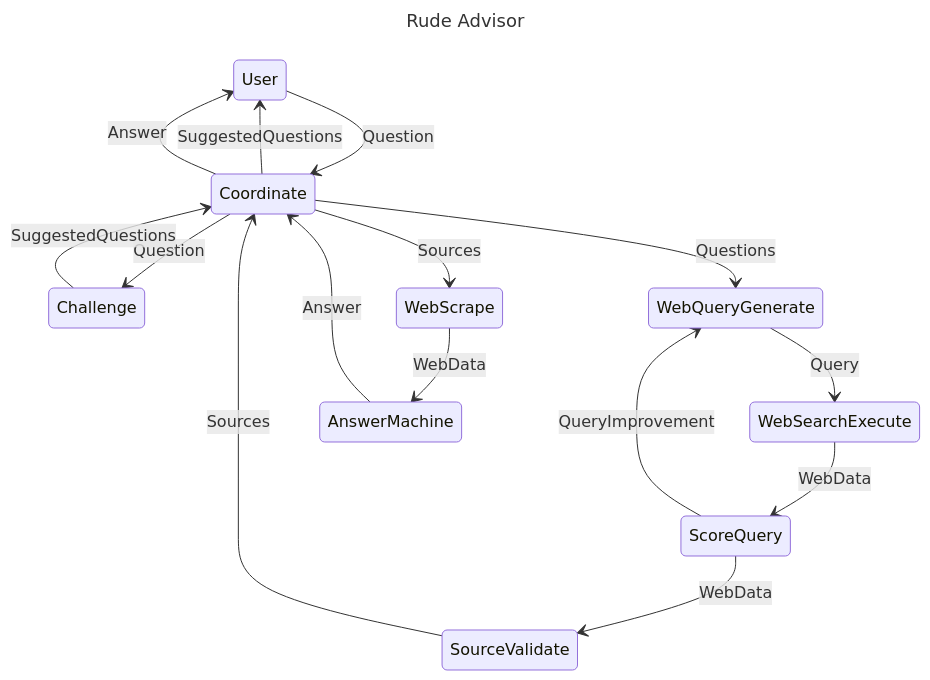
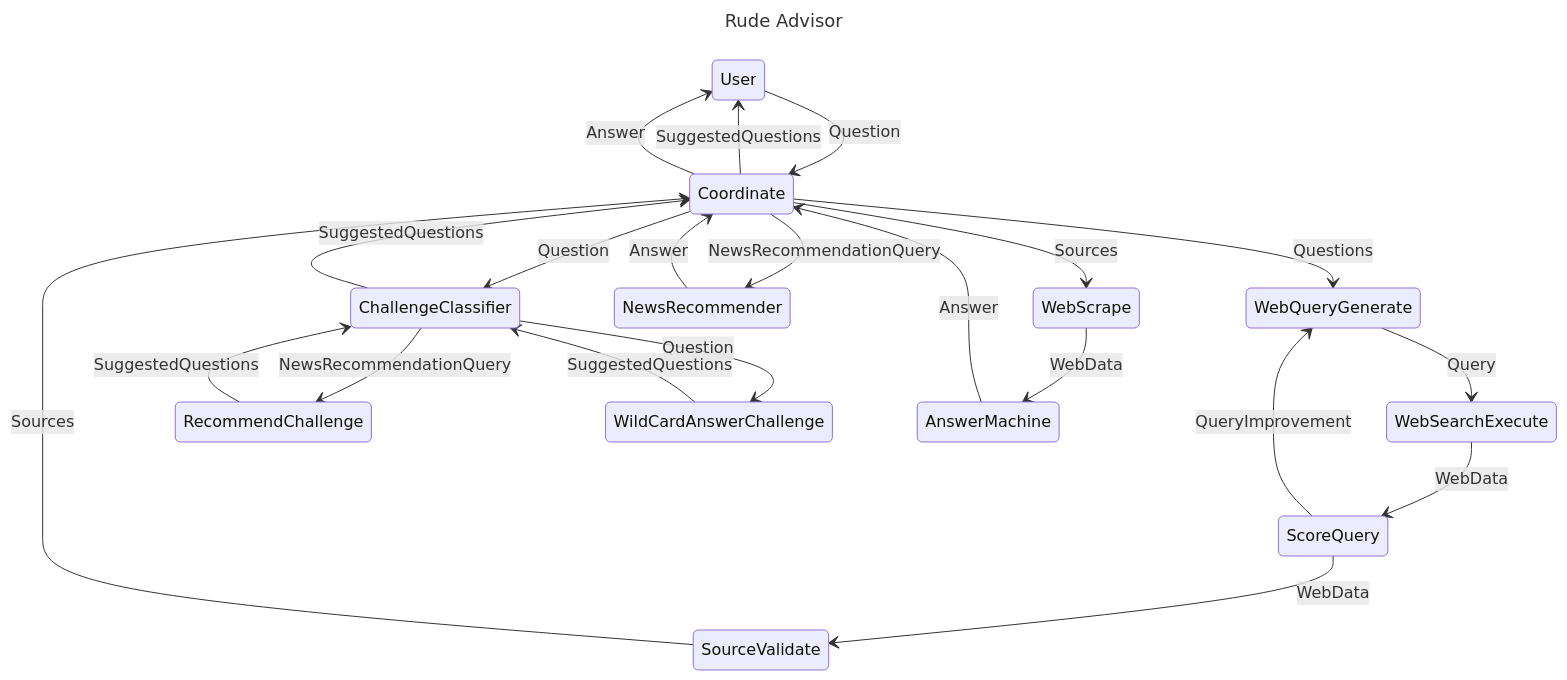
The diagram in README.md (tarjeir/rudeadvisor), drawn with Mermaid before and after one commit. The commit also changed 5 other files, not shown here.

````diff
--- a/README.md
+++ b/README.md
@@ -26,29 +26,41 @@
 ```mermaid
 ---
 title: Rude Advisor
 ---
 stateDiagram-v2
     state "User" as User
     state "Coordinate" as Coordinate
-    state "Challenge" as Challenge
+    state "ChallengeClassifier" as Challenge
     state "WebSearchExecute" as WebSearch
     state "WebQueryGenerate" as WebQueryLLM
     state "ScoreQuery" as ScoreQuery
     state "SourceValidate" as SourceValidate
+    state "RecommendChallenge" as RecommendChallenge
+    state "WildCardAnswerChallenge" as WildCardAnswerChallenge
+    state "NewsRecommender" as NewsRecommender
+    
 
     User --> Coordinate: Question
     Coordinate --> Challenge: Question
     Coordinate --> User: SuggestedQuestions
-    Challenge --> Coordinate: SuggestedQuestions
     Coordinate --> WebQueryLLM: Questions
     WebQueryLLM --> WebSearch: Query
     WebSearch --> ScoreQuery: WebData
     ScoreQuery --> WebQueryLLM: QueryImprovement
     ScoreQuery --> SourceValidate: WebData
     SourceValidate --> Coordinate: Sources
     Coordinate --> WebScrape: Sources
     WebScrape --> AnswerMachine: WebData
     AnswerMachine --> Coordinate: Answer
     Coordinate --> User: Answer
+    
+
+    Challenge --> RecommendChallenge: NewsRecommendationQuery
+    RecommendChallenge --> Challenge: SuggestedQuestions
+    Challenge --> WildCardAnswerChallenge: Question
+    WildCardAnswerChallenge --> Challenge: SuggestedQuestions
+    Challenge --> Coordinate: SuggestedQuestions
+    Coordinate --> NewsRecommender: NewsRecommendationQuery
+    NewsRecommender --> Coordinate: Answer
 
 ```
````
